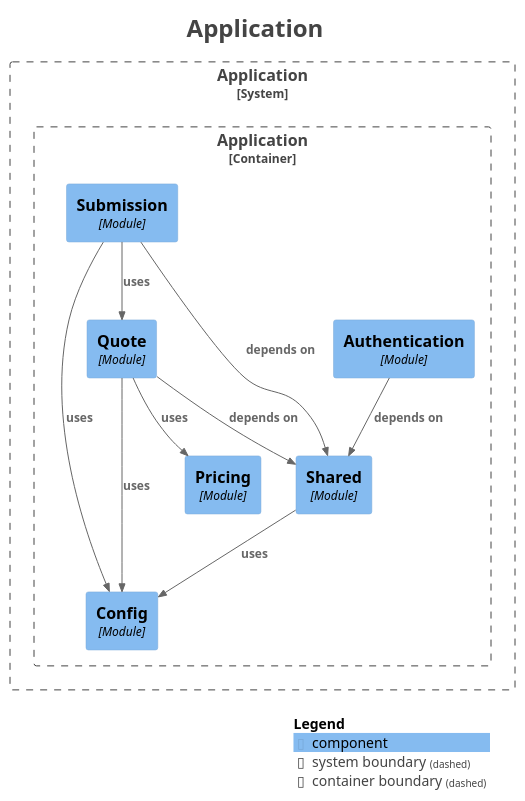
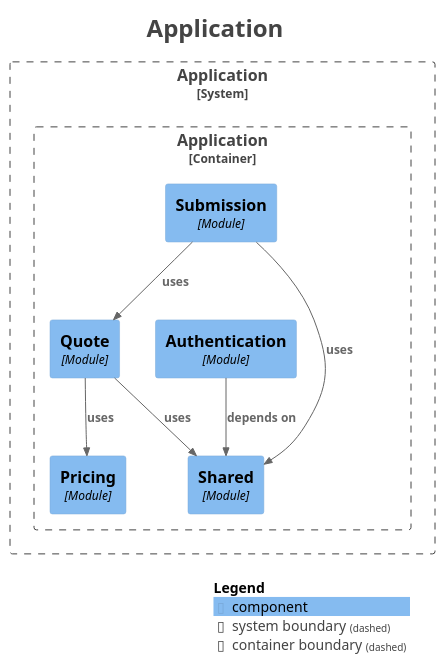
Before and after one commit to migangdelzar/insurance-quotes-service: the diagram in docs/architecture/modules/components.puml, drawn with PlantUML. The commit also changed 39 other files, not shown here.

```diff
--- a/docs/architecture/modules/components.puml
+++ b/docs/architecture/modules/components.puml
@@ -1,41 +1,37 @@
 @startuml
 title <size:24>Application</size>
 
 set separator none
 top to bottom direction
 
 <style>
   root {
     BackgroundColor: #ffffff
     FontColor: #444444
   }
 </style>
 
 !include <C4/C4>
 !include <C4/C4_Context>
 !include <C4/C4_Component>
 
 System_Boundary("Application_boundary", "Application", $tags="") {
   Container_Boundary("Application.Application_boundary", "Application", $tags="") {
-    Component(Application.Application.Config, "Config", $techn="Module", $descr="", $tags="", $link="")
     Component(Application.Application.Pricing, "Pricing", $techn="Module", $descr="", $tags="", $link="")
     Component(Application.Application.Shared, "Shared", $techn="Module", $descr="", $tags="", $link="")
     Component(Application.Application.Authentication, "Authentication", $techn="Module", $descr="", $tags="", $link="")
     Component(Application.Application.Quote, "Quote", $techn="Module", $descr="", $tags="", $link="")
     Component(Application.Application.Submission, "Submission", $techn="Module", $descr="", $tags="", $link="")
   }
 
 }
 
+Rel(Application.Application.Quote, Application.Application.Shared, "uses", $techn="", $tags="", $link="")
+Rel(Application.Application.Quote, Application.Application.Pricing, "uses", $techn="", $tags="", $link="")
+Rel(Application.Application.Authentication, Application.Application.Shared, "depends on", $techn="", $tags="", $link="")
 Rel(Application.Application.Submission, Application.Application.Quote, "uses", $techn="", $tags="", $link="")
-Rel(Application.Application.Submission, Application.Application.Config, "uses", $techn="", $tags="", $link="")
-Rel(Application.Application.Authentication, Application.Application.Shared, "depends on", $techn="", $tags="", $link="")
-Rel(Application.Application.Shared, Application.Application.Config, "uses", $techn="", $tags="", $link="")
-Rel(Application.Application.Quote, Application.Application.Shared, "depends on", $techn="", $tags="", $link="")
-Rel(Application.Application.Quote, Application.Application.Config, "uses", $techn="", $tags="", $link="")
-Rel(Application.Application.Quote, Application.Application.Pricing, "uses", $techn="", $tags="", $link="")
-Rel(Application.Application.Submission, Application.Application.Shared, "depends on", $techn="", $tags="", $link="")
+Rel(Application.Application.Submission, Application.Application.Shared, "uses", $techn="", $tags="", $link="")
 
 SHOW_LEGEND(true)
 hide stereotypes
 @enduml
```
